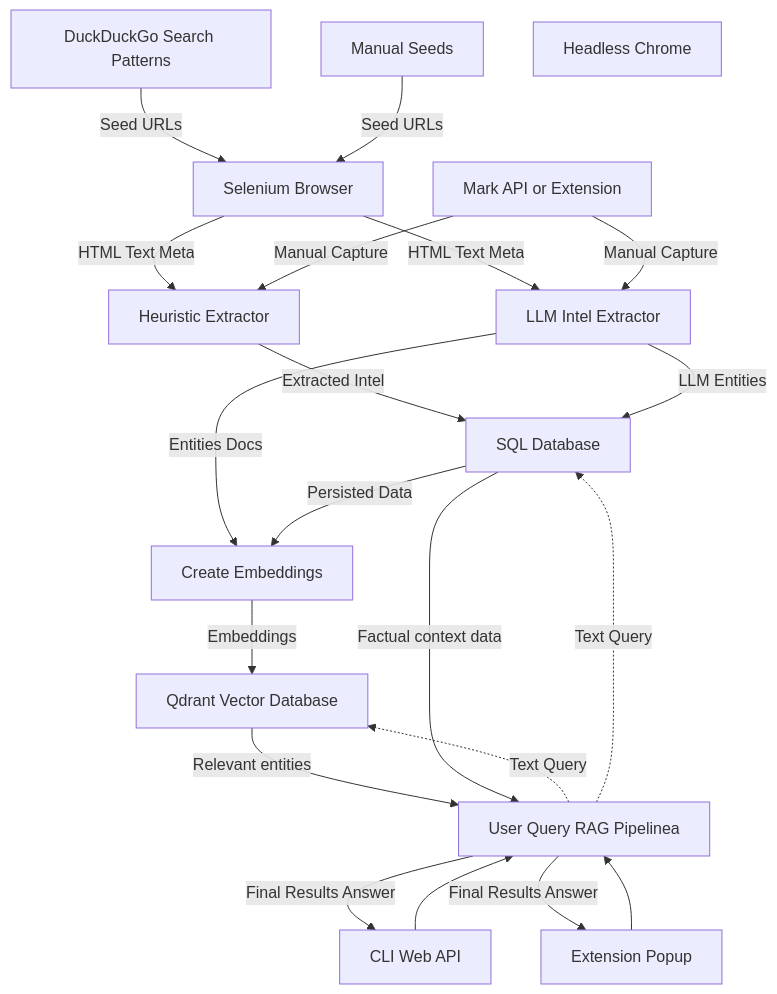
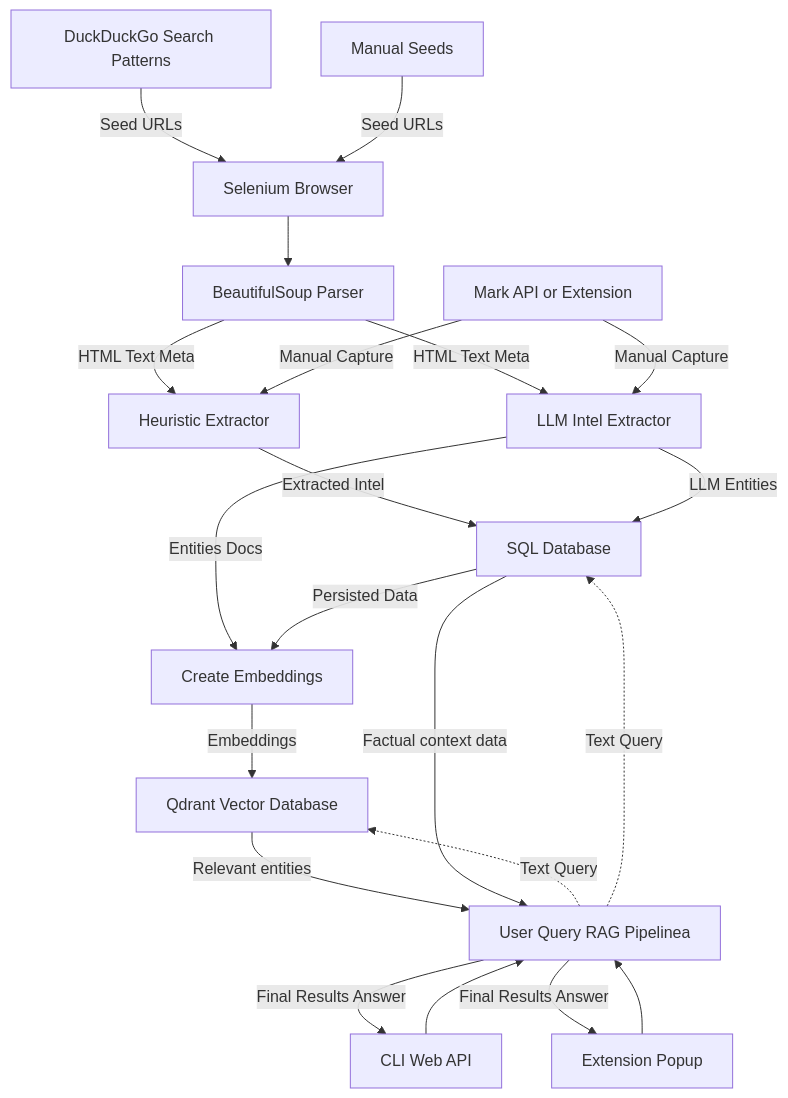
Before and after one commit to anorien90/Garuda: the diagram in README.md, drawn with Mermaid.

Commit message:
updated README and Dockerfile

````diff
--- a/README.md
+++ b/README.md
@@ -58,36 +58,37 @@
 ```mermaid
 flowchart TD
     A1[DuckDuckGo Search Patterns]
     A2[Manual Seeds]
     B1[Selenium Browser]
-    B1.1[Headless Chrome]
+    B1.1[BeautifulSoup Parser]
     B2[Mark API or Extension]
     C1[Heuristic Extractor]
     C2[LLM Intel Extractor]
     E1[SQL Database]
     D1[Create Embeddings]
     D2[Qdrant Vector Database]
     F1[User Query RAG Pipelinea]
     F2[CLI Web API]
     F3[Extension Popup]
 
     A1 -->|Seed URLs| B1
     A2 -->|Seed URLs| B1
-    B1 -->|HTML Text Meta| C1
-    B1 -->|HTML Text Meta| C2
+    B1 --> B1.1
+    B1.1 -->|HTML Text Meta| C1
+    B1.1 -->|HTML Text Meta| C2
     B2 -->|Manual Capture| C1
     B2 -->|Manual Capture| C2
     C1 -->|Extracted Intel| E1
     C2 -->|LLM Entities| E1
     C2 -->|Entities Docs| D1
     E1 -->|Persisted Data| D1
     D1 -->|Embeddings| D2
     F1 -.->|Text Query| D2
     F1 -.->|Text Query| E1
     D2 -->|Relevant entities| F1
     E1 -->|Factual context data| F1
     F2 --> F1
     F3 --> F1
     F1 -->|Final Results Answer| F2
     F1 -->|Final Results Answer| F3
 ```
````
